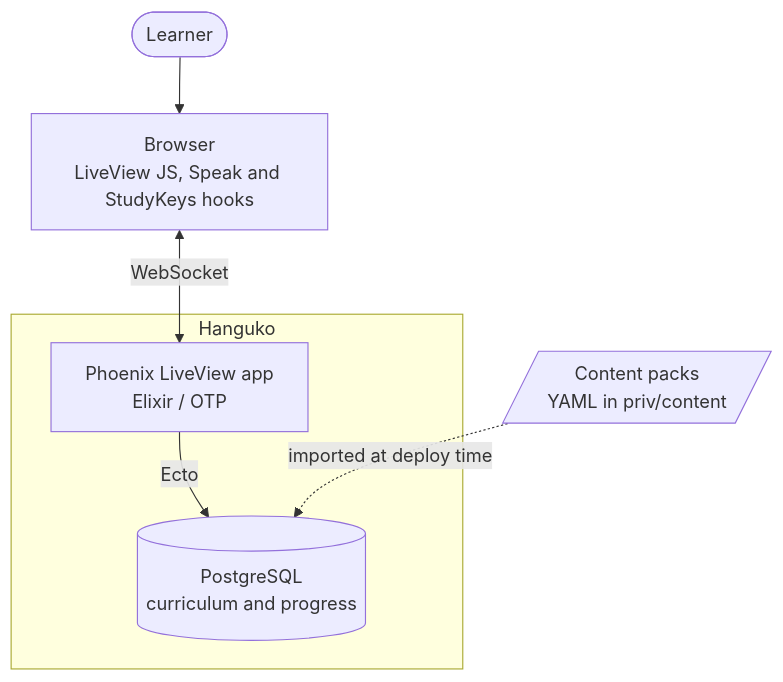
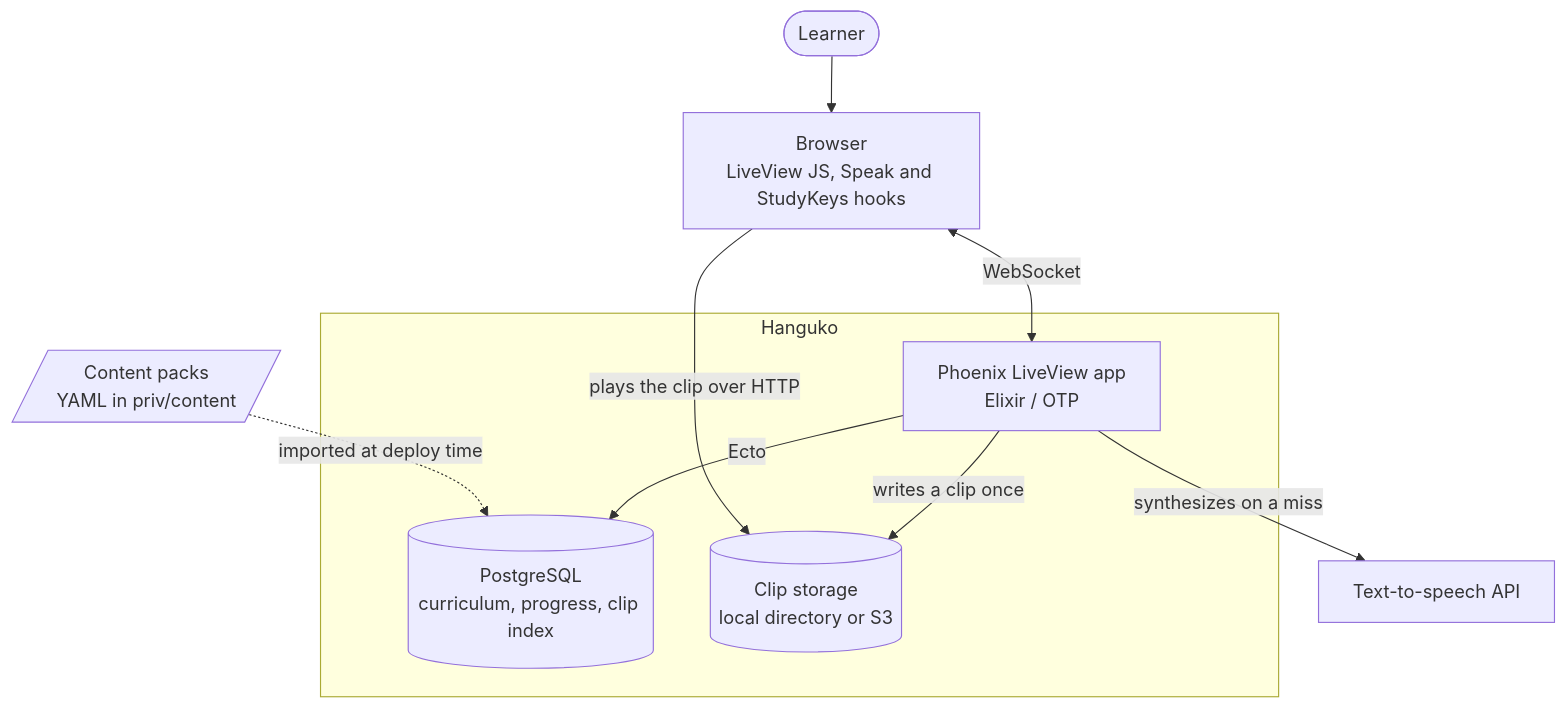
Before and after one commit to dylangleason/hanguko: the second of 4 diagrams in guides/architecture.md, drawn with Mermaid. The commit also changed other lines of this file and 4 other files, not shown here.

````diff
--- a/guides/architecture.md
+++ b/guides/architecture.md
@@ -42,17 +47,22 @@
 ```mermaid
 flowchart TB
   learner([Learner])
 
   subgraph hanguko[Hanguko]
     web["Phoenix LiveView app<br/>Elixir / OTP"]
-    db[("PostgreSQL<br/>curriculum and progress")]
+    db[("PostgreSQL<br/>curriculum, progress, clip index")]
+    clips[("Clip storage<br/>local directory or S3")]
   end
 
   packs[/"Content packs<br/>YAML in priv/content"/]
   browser["Browser<br/>LiveView JS, Speak and StudyKeys hooks"]
+  tts["Text-to-speech API"]
 
   learner --> browser
   browser <-->|WebSocket| web
   web -->|Ecto| db
+  web -->|"writes a clip once"| clips
+  web -->|"synthesizes on a miss"| tts
+  browser -->|"plays the clip over HTTP"| clips
   packs -.->|"imported at deploy time"| db
 ```
````
